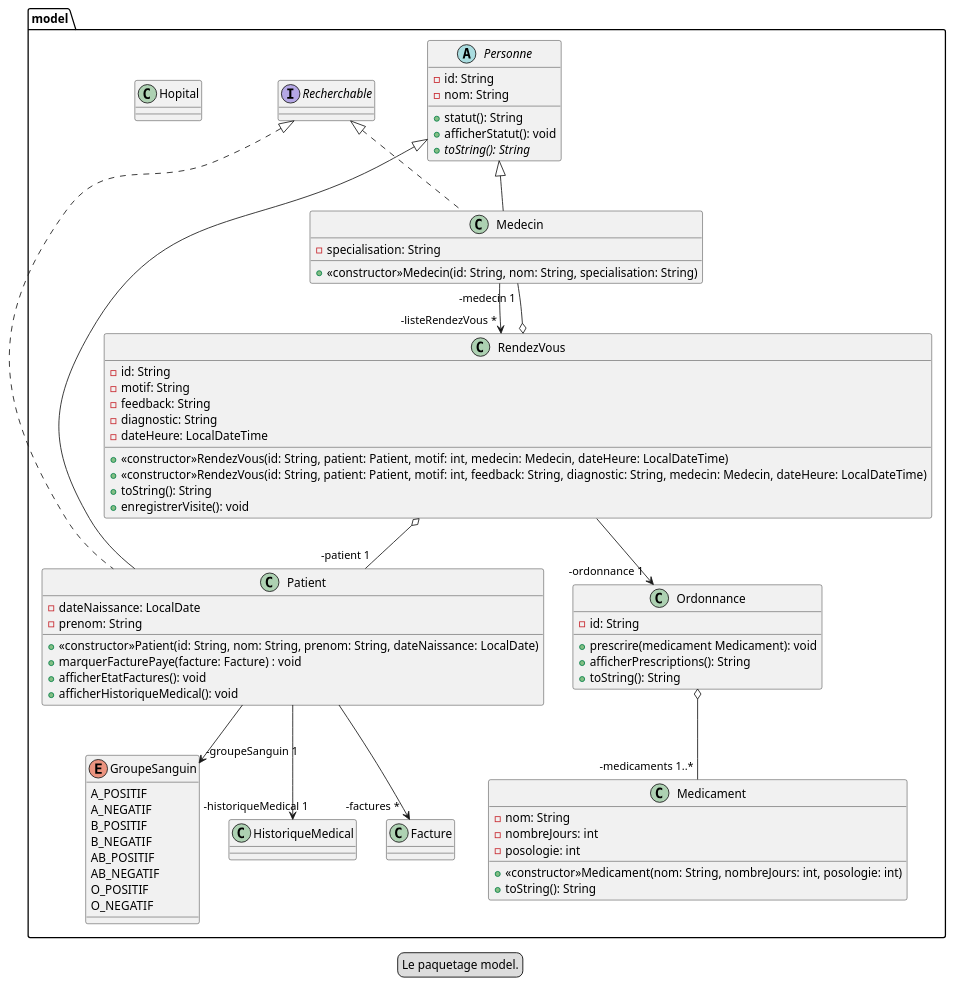
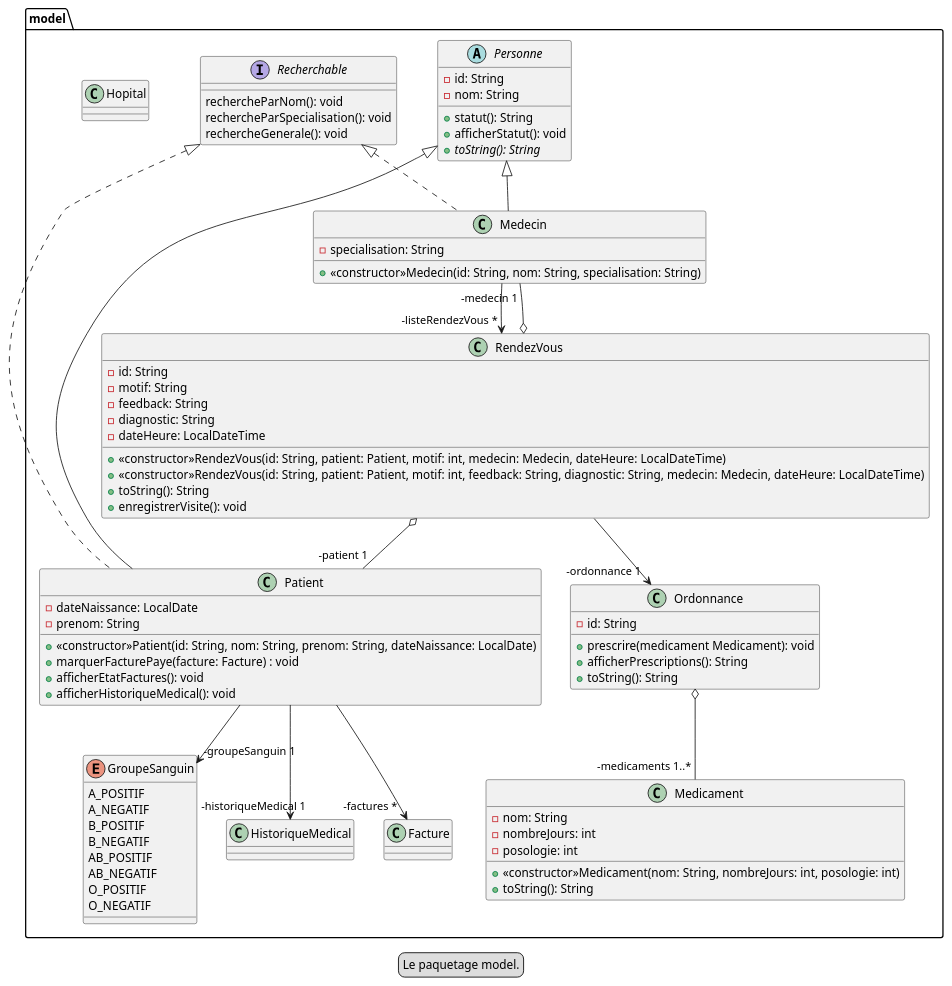
Before and after one commit to carlkolodziejski/hopital: the diagram in plantuml/diagrammeModele.puml, drawn with PlantUML.

Commit message:
Remplissage de l'interface Recherchable

```diff
--- a/plantuml/diagrammeModele.puml
+++ b/plantuml/diagrammeModele.puml
@@ -1,97 +1,100 @@
 @startuml
 
 legend Le paquetage model.
 
 package model {
 
     abstract class Personne {
         -id: String
         -nom: String
 
         +statut(): String
         +afficherStatut(): void
         +{abstract}toString(): String
     }
 
     class Patient extends Personne implements Recherchable {
         -dateNaissance: LocalDate
         -prenom: String
 
         +<<constructor>>Patient(id: String, nom: String, prenom: String, dateNaissance: LocalDate)
         +marquerFacturePaye(facture: Facture) : void
         +afficherEtatFactures(): void
         +afficherHistoriqueMedical(): void
     }
 
 
     class Medecin extends Personne implements Recherchable {
         -specialisation: String
 
         +<<constructor>>Medecin(id: String, nom: String, specialisation: String)
     }
 
     class RendezVous {
         -id: String
         -motif: String
         -feedback: String
         -diagnostic: String
         -dateHeure: LocalDateTime
 
         +<<constructor>>RendezVous(id: String, patient: Patient, motif: int, medecin: Medecin, dateHeure: LocalDateTime)
         +<<constructor>>RendezVous(id: String, patient: Patient, motif: int, feedback: String, diagnostic: String, medecin: Medecin, dateHeure: LocalDateTime)
         +toString(): String
         +enregistrerVisite(): void
     }
 
     class Ordonnance {
         -id: String
 
         +prescrire(medicament Medicament): void
         +afficherPrescriptions(): String
         +toString(): String
     }
 
     class Medicament {
         -nom: String
         -nombreJours: int
         -posologie: int
 
         +<<constructor>>Medicament(nom: String, nombreJours: int, posologie: int)
         +toString(): String
     }
 
     class Facture {
     }
 
     class Hopital {
     }
 
     interface Recherchable {
+        rechercheParNom(): void
+        rechercheParSpecialisation(): void
+        rechercheGenerale(): void
     }
 
     enum GroupeSanguin {
         A_POSITIF
         A_NEGATIF
         B_POSITIF
         B_NEGATIF
         AB_POSITIF
         AB_NEGATIF
         O_POSITIF
         O_NEGATIF
     }
 
     Patient --> "-factures *" Facture
     Patient --> "-groupeSanguin 1" GroupeSanguin
     Patient --> "-historiqueMedical 1" HistoriqueMedical
 
     Medecin --> "-listeRendezVous *" RendezVous
 
     RendezVous o-- "-medecin 1" Medecin
     RendezVous o-- "-patient 1" Patient
     RendezVous --> "-ordonnance 1" Ordonnance
 
     Ordonnance o-- "-medicaments 1..*" Medicament
 
 }
 
 @enduml
```
